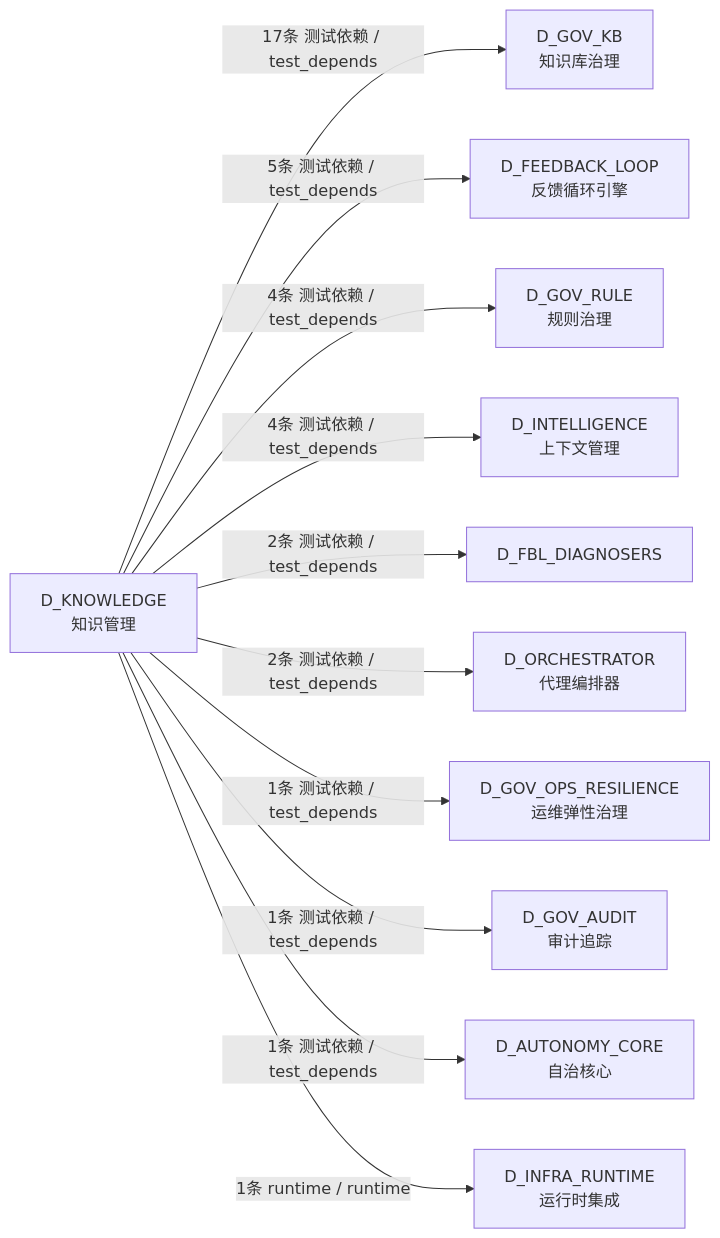
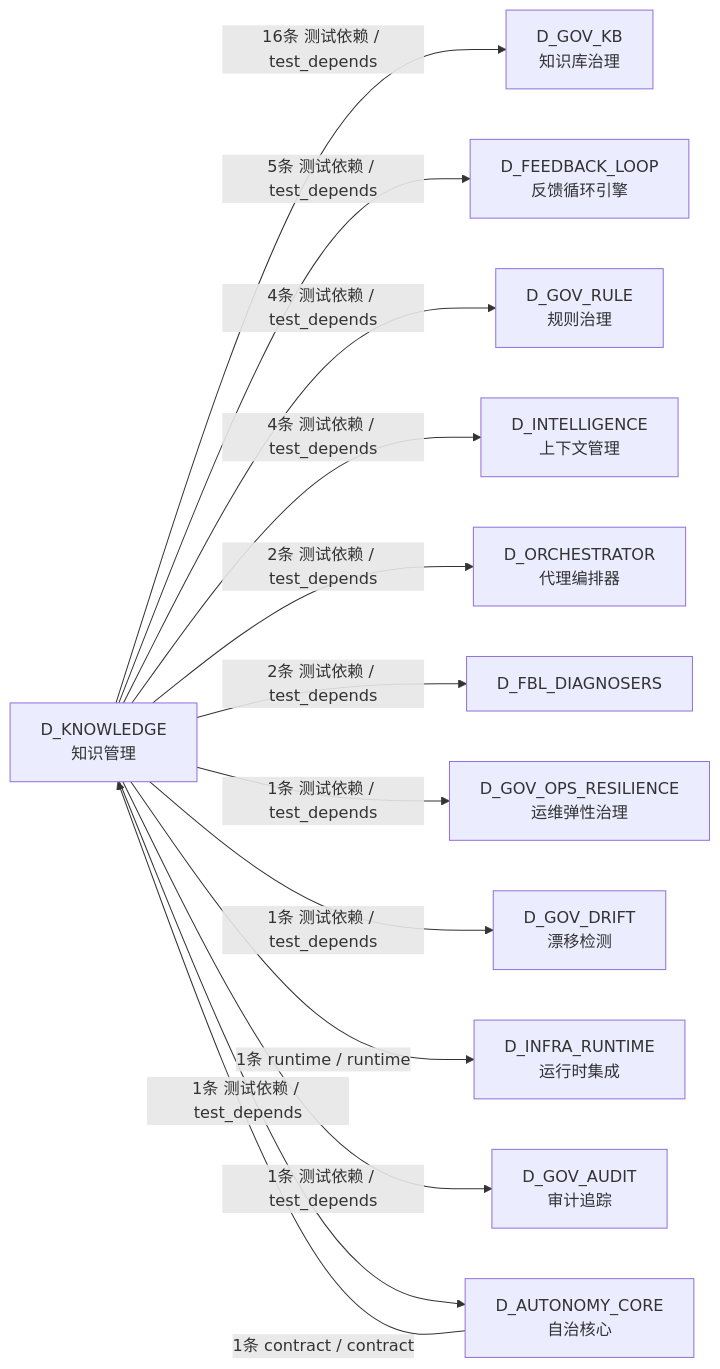
The fifth of 5 diagrams in docs/02_enterprise_architecture/02_domain_architecture_docs/48_d_knowledge.md (xuanFelixVan/ZephyrAlpha), drawn with Mermaid before and after one commit. The commit also changed other lines of this file and 126 other files, not shown here.

````diff
--- a/docs/02_enterprise_architecture/02_domain_architecture_docs/48_d_knowledge.md
+++ b/docs/02_enterprise_architecture/02_domain_architecture_docs/48_d_knowledge.md
@@ -355,24 +365,27 @@
 ```mermaid
 graph LR
     D_KNOWLEDGE["D_KNOWLEDGE<br/>知识管理"]
     D_GOV_KB["D_GOV_KB<br/>知识库治理"]
     D_FEEDBACK_LOOP["D_FEEDBACK_LOOP<br/>反馈循环引擎"]
     D_GOV_RULE["D_GOV_RULE<br/>规则治理"]
     D_INTELLIGENCE["D_INTELLIGENCE<br/>上下文管理"]
+    D_ORCHESTRATOR["D_ORCHESTRATOR<br/>代理编排器"]
     D_FBL_DIAGNOSERS["D_FBL_DIAGNOSERS"]
-    D_ORCHESTRATOR["D_ORCHESTRATOR<br/>代理编排器"]
     D_GOV_OPS_RESILIENCE["D_GOV_OPS_RESILIENCE<br/>运维弹性治理"]
+    D_GOV_DRIFT["D_GOV_DRIFT<br/>漂移检测"]
+    D_INFRA_RUNTIME["D_INFRA_RUNTIME<br/>运行时集成"]
     D_GOV_AUDIT["D_GOV_AUDIT<br/>审计追踪"]
     D_AUTONOMY_CORE["D_AUTONOMY_CORE<br/>自治核心"]
-    D_INFRA_RUNTIME["D_INFRA_RUNTIME<br/>运行时集成"]
-    D_KNOWLEDGE -->|17条 测试依赖 / test_depends| D_GOV_KB
+    D_KNOWLEDGE -->|16条 测试依赖 / test_depends| D_GOV_KB
     D_KNOWLEDGE -->|5条 测试依赖 / test_depends| D_FEEDBACK_LOOP
     D_KNOWLEDGE -->|4条 测试依赖 / test_depends| D_GOV_RULE
     D_KNOWLEDGE -->|4条 测试依赖 / test_depends| D_INTELLIGENCE
+    D_KNOWLEDGE -->|2条 测试依赖 / test_depends| D_ORCHESTRATOR
     D_KNOWLEDGE -->|2条 测试依赖 / test_depends| D_FBL_DIAGNOSERS
-    D_KNOWLEDGE -->|2条 测试依赖 / test_depends| D_ORCHESTRATOR
     D_KNOWLEDGE -->|1条 测试依赖 / test_depends| D_GOV_OPS_RESILIENCE
+    D_KNOWLEDGE -->|1条 测试依赖 / test_depends| D_GOV_DRIFT
+    D_KNOWLEDGE -->|1条 runtime / runtime| D_INFRA_RUNTIME
     D_KNOWLEDGE -->|1条 测试依赖 / test_depends| D_GOV_AUDIT
     D_KNOWLEDGE -->|1条 测试依赖 / test_depends| D_AUTONOMY_CORE
-    D_KNOWLEDGE -->|1条 runtime / runtime| D_INFRA_RUNTIME
+    D_AUTONOMY_CORE -->|1条 contract / contract| D_KNOWLEDGE
 ```
````
